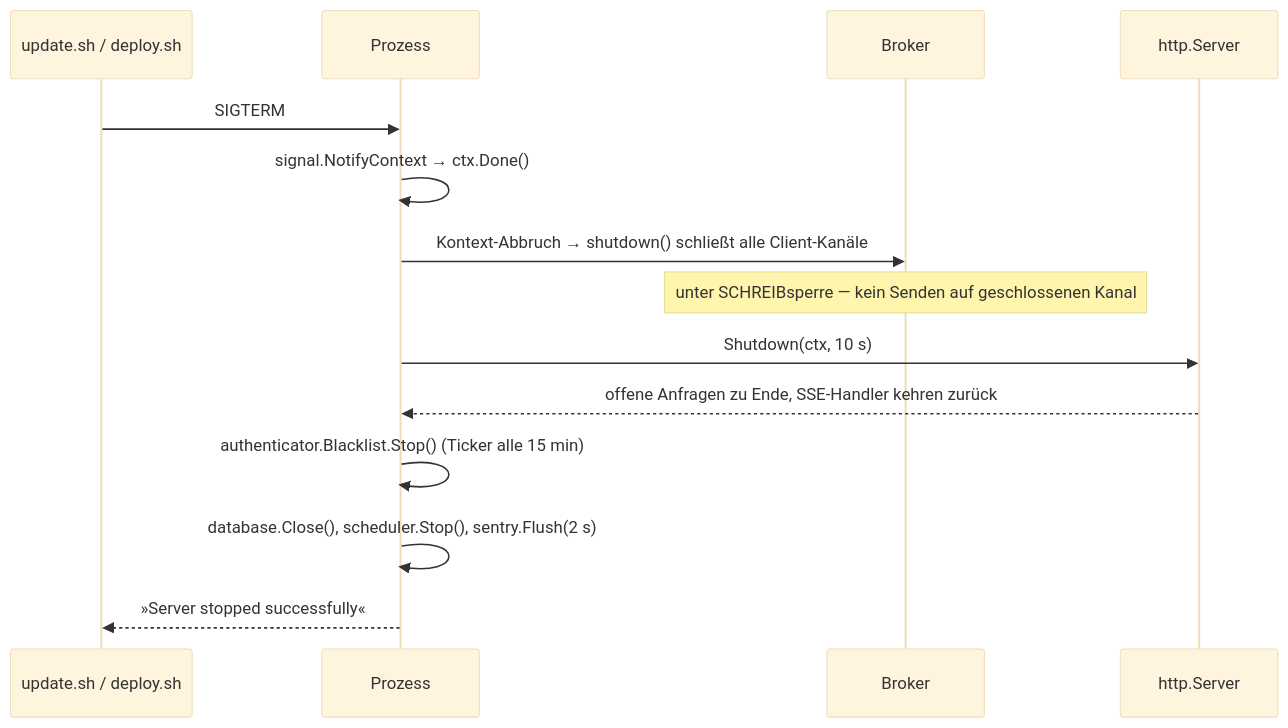
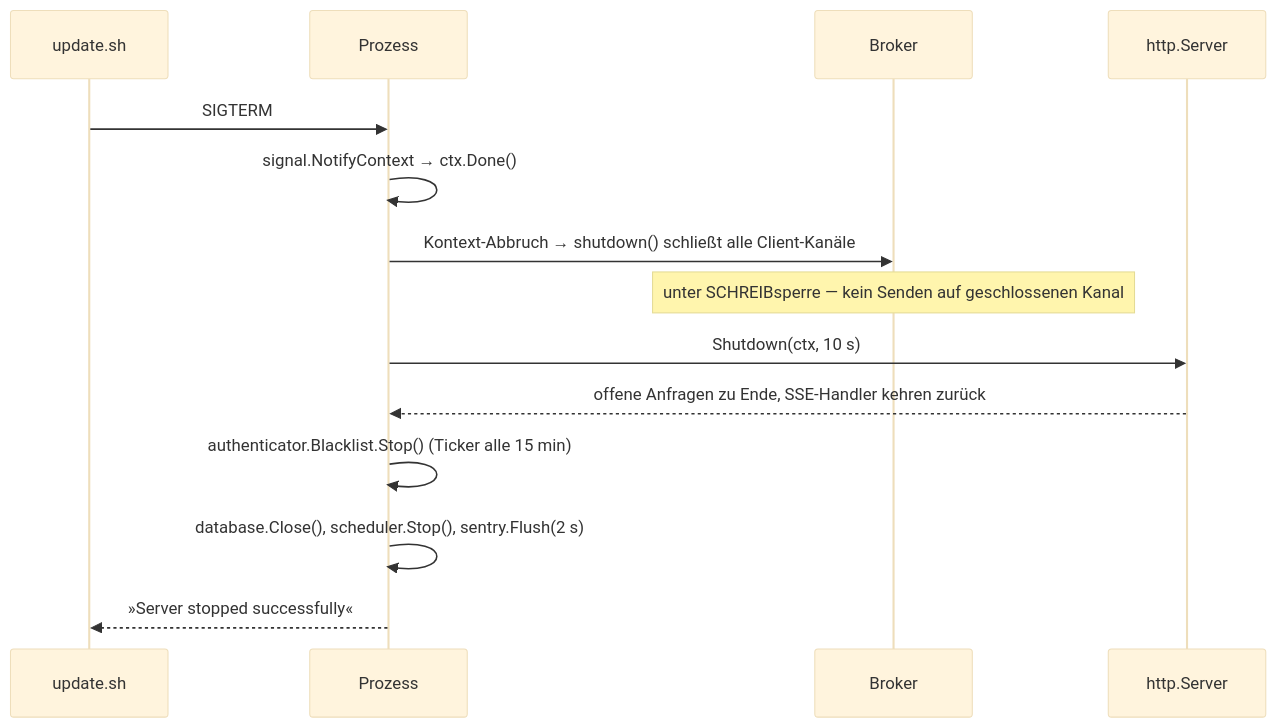
One commit to uuuxy/bibliothek changed the fifth of 5 diagrams in docs/ARCHITEKTUR.md. Above: the diagram before and after it, drawn with Mermaid (base theme). The commit also changed other lines of this file and 7 other files, not shown here.

````diff
--- a/docs/ARCHITEKTUR.md
+++ b/docs/ARCHITEKTUR.md
@@ -1391,17 +1391,17 @@
 ```mermaid
 sequenceDiagram
-    participant OP as update.sh / deploy.sh
+    participant OP as update.sh
     participant P as Prozess
     participant SSE as Broker
     participant HTTP as http.Server
 
     OP->>P: SIGTERM
     P->>P: signal.NotifyContext → ctx.Done()
     P->>SSE: Kontext-Abbruch → shutdown() schließt alle Client-Kanäle
     Note over SSE: unter SCHREIBsperre — kein Senden auf geschlossenen Kanal
     P->>HTTP: Shutdown(ctx, 10 s)
     HTTP-->>P: offene Anfragen zu Ende, SSE-Handler kehren zurück
     P->>P: authenticator.Blacklist.Stop() (Ticker alle 15 min)
     P->>P: database.Close(), scheduler.Stop(), sentry.Flush(2 s)
     P-->>OP: »Server stopped successfully«
 ```
````
